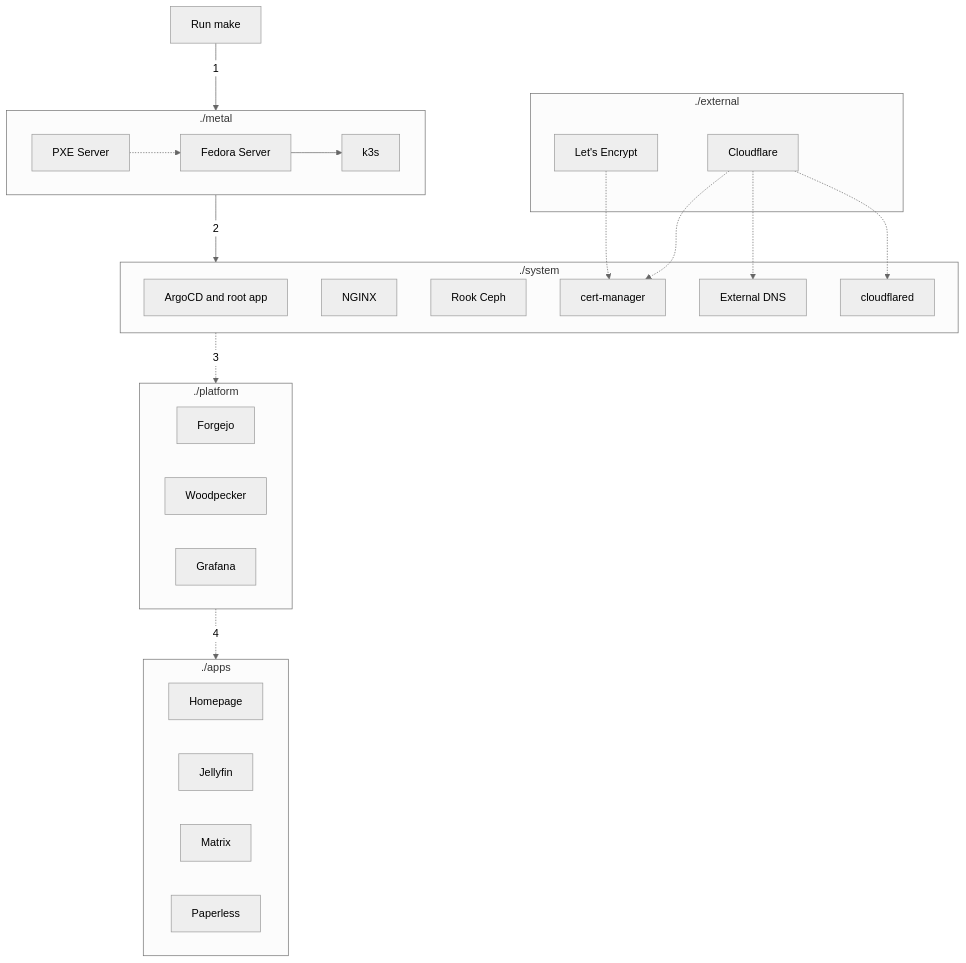
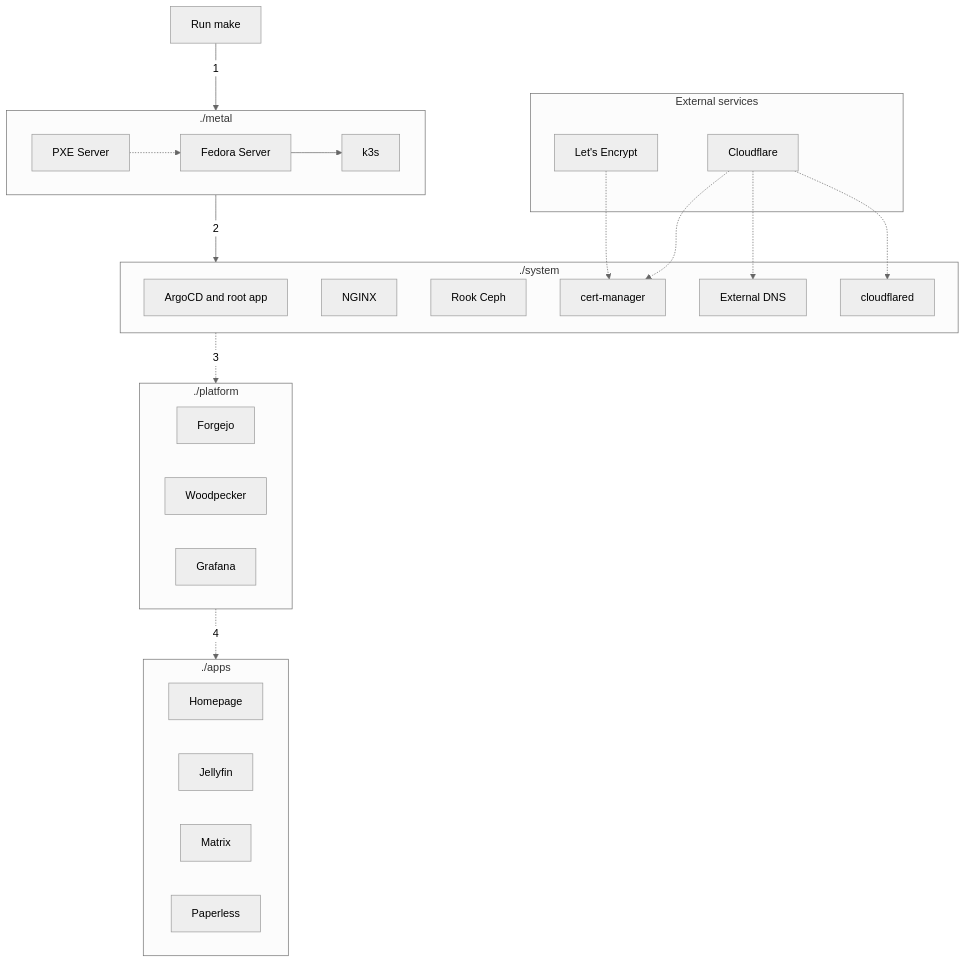
The diagram in docs/reference/architecture/overview.md (duongle-steven/homelab), drawn with Mermaid (neutral theme) before and after one commit. The commit also changed other lines of this file and 11 other files, not shown here.

First line of the commit message:
docs: roadmap step 9 Logs (steps 9-12 become 10-13), logs how-to

````diff
--- a/docs/reference/architecture/overview.md
+++ b/docs/reference/architecture/overview.md
@@ -46,40 +46,40 @@
 ```mermaid
 flowchart TD
   subgraph metal[./metal]
     pxe[PXE Server] -.-> linux[Fedora Server] --> k3s
   end
 
   subgraph system[./system]
     argocd[ArgoCD and root app]
     nginx[NGINX]
     rook-ceph[Rook Ceph]
     cert-manager
     external-dns[External DNS]
     cloudflared
   end
 
-  subgraph external[./external]
+  subgraph external[External services]
     letsencrypt[Let's Encrypt]
     cloudflare[Cloudflare]
   end
 
   letsencrypt -.-> cert-manager
   cloudflare -.-> cert-manager
   cloudflare -.-> external-dns
   cloudflare -.-> cloudflared
 
   subgraph platform[./platform]
     Forgejo
     Woodpecker
     Grafana
   end
 
   subgraph apps[./apps]
     homepage[Homepage]
     jellyfin[Jellyfin]
     matrix[Matrix]
     paperless[Paperless]
   end
 
   make[Run make] -- 1 --> metal -- 2 --> system -. 3 .-> platform -. 4 .-> apps
 ```
````
